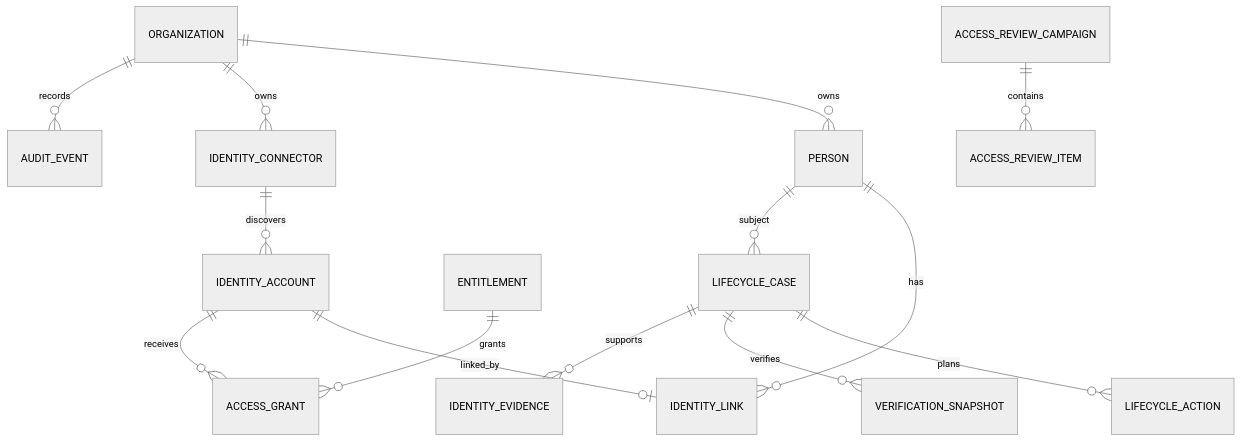
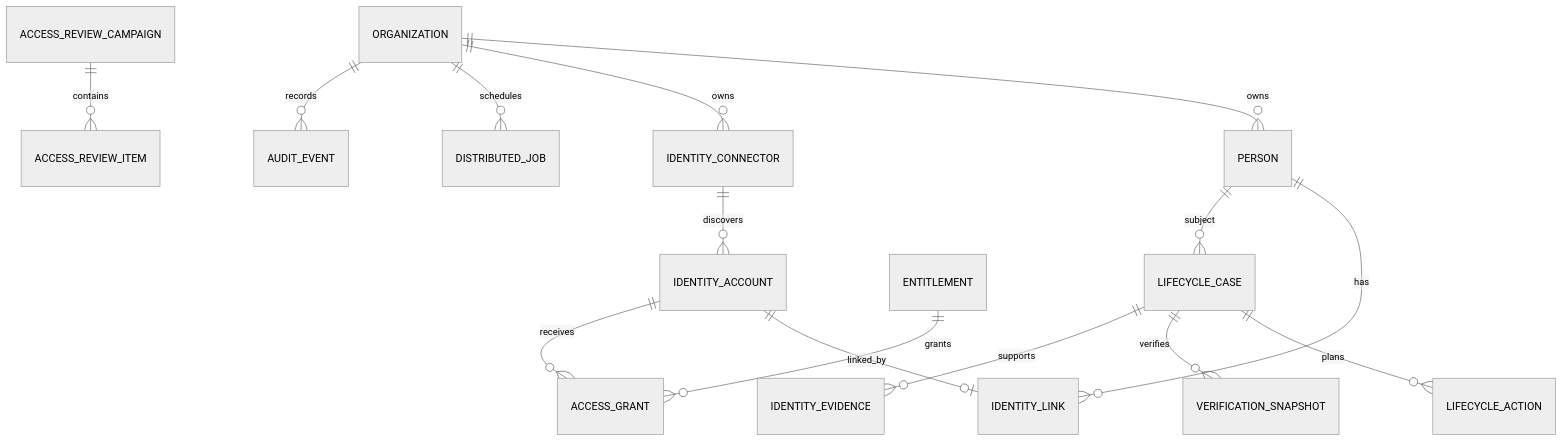
One commit to thiagomontozo/identitymesh changed the second of 2 diagrams in docs/architecture.md. Above: the diagram before and after it, drawn with Mermaid (neutral theme). The commit also changed other lines of this file and 294 other files, not shown here.

````diff
--- a/docs/architecture.md
+++ b/docs/architecture.md
@@ -22,16 +28,17 @@
 ```mermaid
 erDiagram
   ORGANIZATION ||--o{ PERSON : owns
   ORGANIZATION ||--o{ IDENTITY_CONNECTOR : owns
   PERSON ||--o{ IDENTITY_LINK : has
   IDENTITY_ACCOUNT ||--o| IDENTITY_LINK : linked_by
   IDENTITY_CONNECTOR ||--o{ IDENTITY_ACCOUNT : discovers
   IDENTITY_ACCOUNT ||--o{ ACCESS_GRANT : receives
   ENTITLEMENT ||--o{ ACCESS_GRANT : grants
   PERSON ||--o{ LIFECYCLE_CASE : subject
   LIFECYCLE_CASE ||--o{ LIFECYCLE_ACTION : plans
   LIFECYCLE_CASE ||--o{ VERIFICATION_SNAPSHOT : verifies
   LIFECYCLE_CASE ||--o{ IDENTITY_EVIDENCE : supports
   ACCESS_REVIEW_CAMPAIGN ||--o{ ACCESS_REVIEW_ITEM : contains
+  ORGANIZATION ||--o{ DISTRIBUTED_JOB : schedules
   ORGANIZATION ||--o{ AUDIT_EVENT : records
 ```
````
